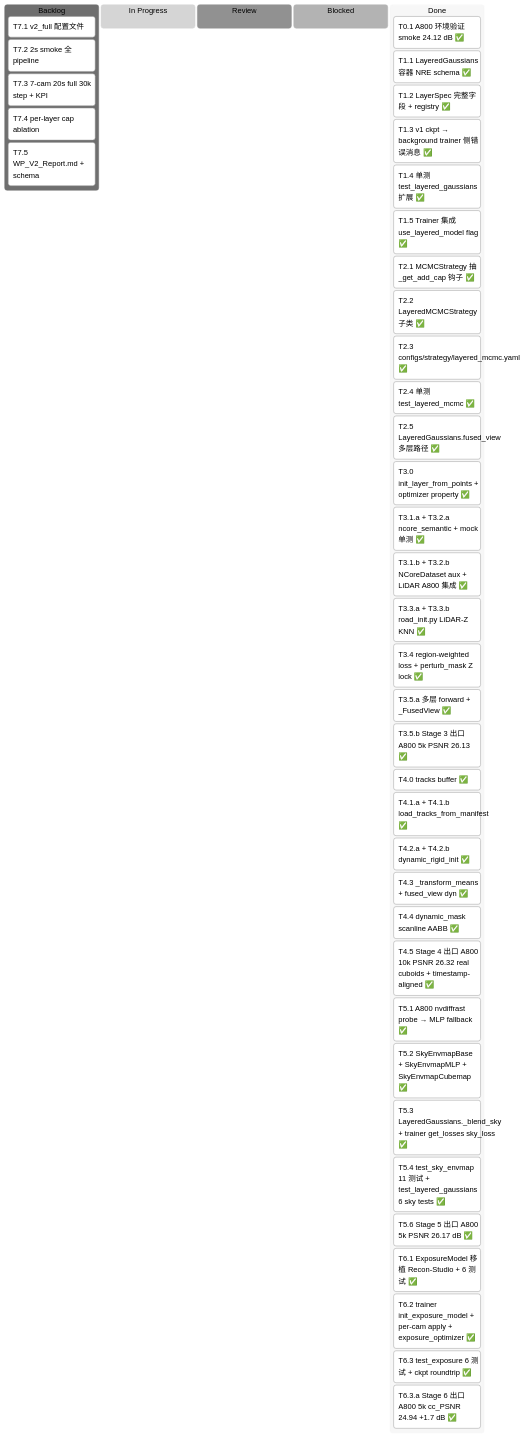
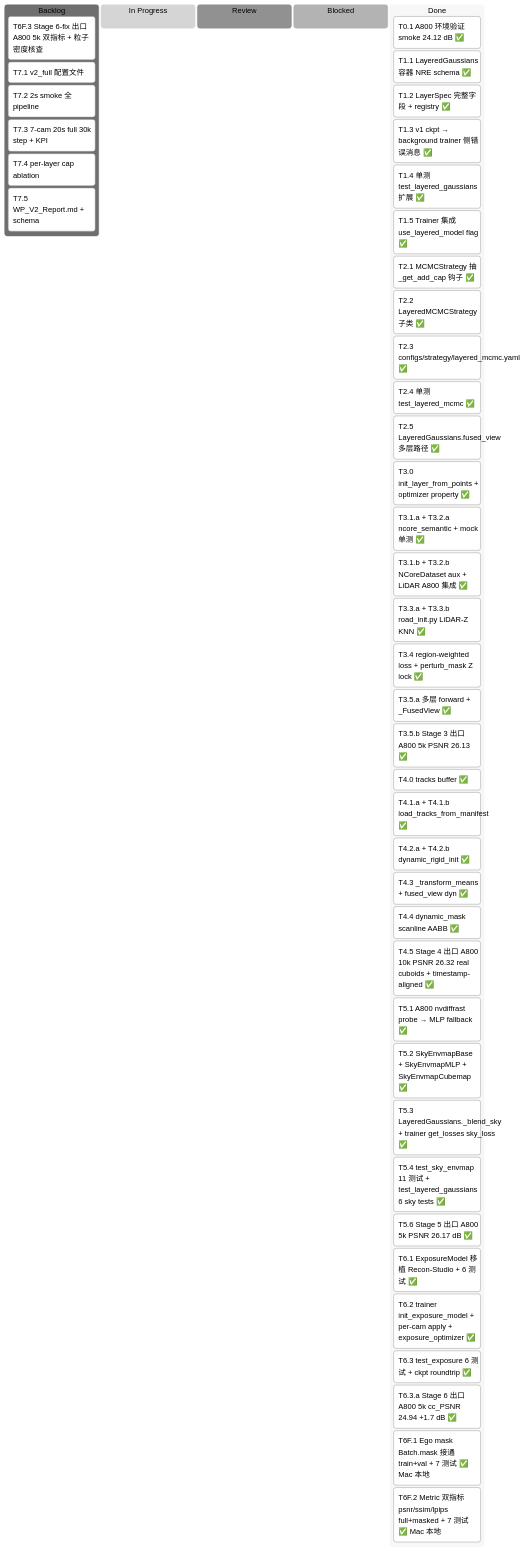
One commit to etendue/3dgrut changed the first of 3 diagrams in v2_plan.md. Above: the diagram before and after it, drawn with Mermaid (neutral theme). The commit also changed other lines of this file and 5 other files, not shown here.

````diff
--- a/v2_plan.md
+++ b/v2_plan.md
@@ -39,46 +39,49 @@
 ```mermaid
 kanban
   Backlog
+    [T6F.3 Stage 6-fix 出口 A800 5k 双指标 + 粒子密度核查]
     [T7.1 v2_full 配置文件]
     [T7.2 2s smoke 全 pipeline]
     [T7.3 7-cam 20s full 30k step + KPI]
     [T7.4 per-layer cap ablation]
     [T7.5 WP_V2_Report.md + schema]
   In Progress
   Review
   Blocked
   Done
     [T0.1 A800 环境验证 smoke 24.12 dB ✅]
     [T1.1 LayeredGaussians 容器 NRE schema ✅]
     [T1.2 LayerSpec 完整字段 + registry ✅]
     [T1.3 v1 ckpt → background trainer 侧错误消息 ✅]
     [T1.4 单测 test_layered_gaussians 扩展 ✅]
     [T1.5 Trainer 集成 use_layered_model flag ✅]
     [T2.1 MCMCStrategy 抽 _get_add_cap 钩子 ✅]
     [T2.2 LayeredMCMCStrategy 子类 ✅]
     [T2.3 configs/strategy/layered_mcmc.yaml ✅]
     [T2.4 单测 test_layered_mcmc ✅]
     [T2.5 LayeredGaussians.fused_view 多层路径 ✅]
     [T3.0 init_layer_from_points + optimizer property ✅]
     [T3.1.a + T3.2.a ncore_semantic + mock 单测 ✅]
     [T3.1.b + T3.2.b NCoreDataset aux + LiDAR A800 集成 ✅]
     [T3.3.a + T3.3.b road_init.py LiDAR-Z KNN ✅]
     [T3.4 region-weighted loss + perturb_mask Z lock ✅]
     [T3.5.a 多层 forward + _FusedView ✅]
     [T3.5.b Stage 3 出口 A800 5k PSNR 26.13 ✅]
     [T4.0 tracks buffer ✅]
     [T4.1.a + T4.1.b load_tracks_from_manifest ✅]
     [T4.2.a + T4.2.b dynamic_rigid_init ✅]
     [T4.3 _transform_means + fused_view dyn ✅]
     [T4.4 dynamic_mask scanline AABB ✅]
     [T4.5 Stage 4 出口 A800 10k PSNR 26.32 real cuboids + timestamp-aligned ✅]
     [T5.1 A800 nvdiffrast probe → MLP fallback ✅]
     [T5.2 SkyEnvmapBase + SkyEnvmapMLP + SkyEnvmapCubemap ✅]
     [T5.3 LayeredGaussians._blend_sky + trainer get_losses sky_loss ✅]
     [T5.4 test_sky_envmap 11 测试 + test_layered_gaussians 6 sky tests ✅]
     [T5.6 Stage 5 出口 A800 5k PSNR 26.17 dB ✅]
     [T6.1 ExposureModel 移植 Recon-Studio + 6 测试 ✅]
     [T6.2 trainer init_exposure_model + per-cam apply + exposure_optimizer ✅]
     [T6.3 test_exposure 6 测试 + ckpt roundtrip ✅]
     [T6.3.a Stage 6 出口 A800 5k cc_PSNR 24.94 +1.7 dB ✅]
+    [T6F.1 Ego mask Batch.mask 接通 train+val + 7 测试 ✅ Mac 本地]
+    [T6F.2 Metric 双指标 psnr/ssim/lpips full+masked + 7 测试 ✅ Mac 本地]
 ```
````
